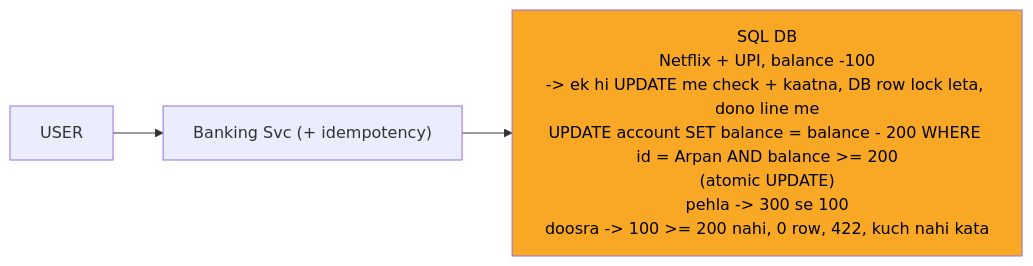
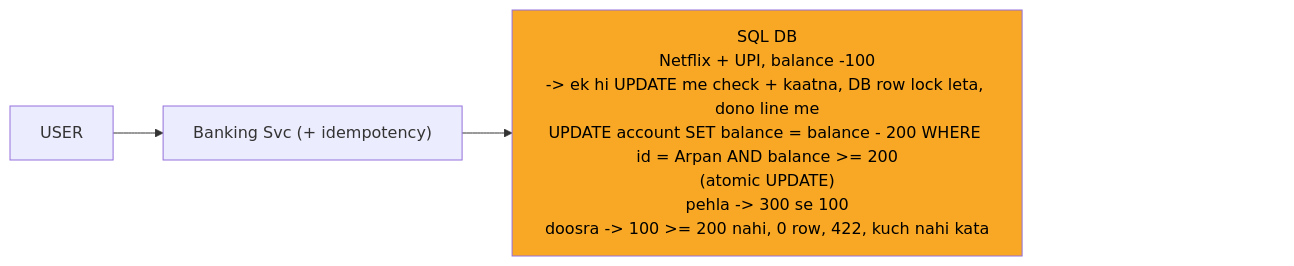
The fourth of 13 diagrams in 04_HLD/SYSTEM_DESIGNS/13_banking_system/13_banking_system.md (ArpanMaheshwari144/Prep), drawn with Mermaid before and after one commit.

Commit message:
banking card 3: diagram ke daayein andekha dabba (zoom button ke liye jagah) - test

````diff
--- a/04_HLD/SYSTEM_DESIGNS/13_banking_system/13_banking_system.md
+++ b/04_HLD/SYSTEM_DESIGNS/13_banking_system/13_banking_system.md
@@ -152,10 +152,13 @@
 ```mermaid
 %%{init: {"flowchart": {"wrappingWidth": 450}}}%%
 flowchart LR
     n_USER["USER"]
     n_SVC["Banking Svc (+ idempotency)"]
     n_DB["SQL DB<br/>Netflix + UPI, balance -100<br/>-> ek hi UPDATE me check + kaatna, DB row lock leta, dono line me<br/>UPDATE account SET balance = balance - 200 WHERE id = Arpan AND balance >= 200<br/>(atomic UPDATE)<br/>pehla -> 300 se 100<br/>doosra -> 100 >= 200 nahi, 0 row, 422, kuch nahi kata"]
     n_USER --> n_SVC
     n_SVC --> n_DB
+    n_pad["xxxxxxxxxxxxxxxx"]
+    n_DB ~~~ n_pad
     style n_DB fill:#f9a825,color:#000
+    style n_pad fill:none,stroke:none,color:#ffffff00
 ```
````
